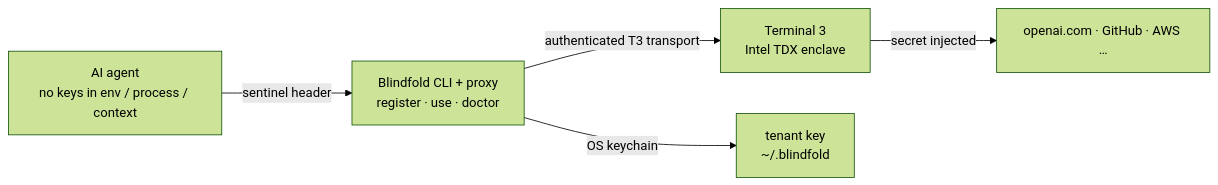
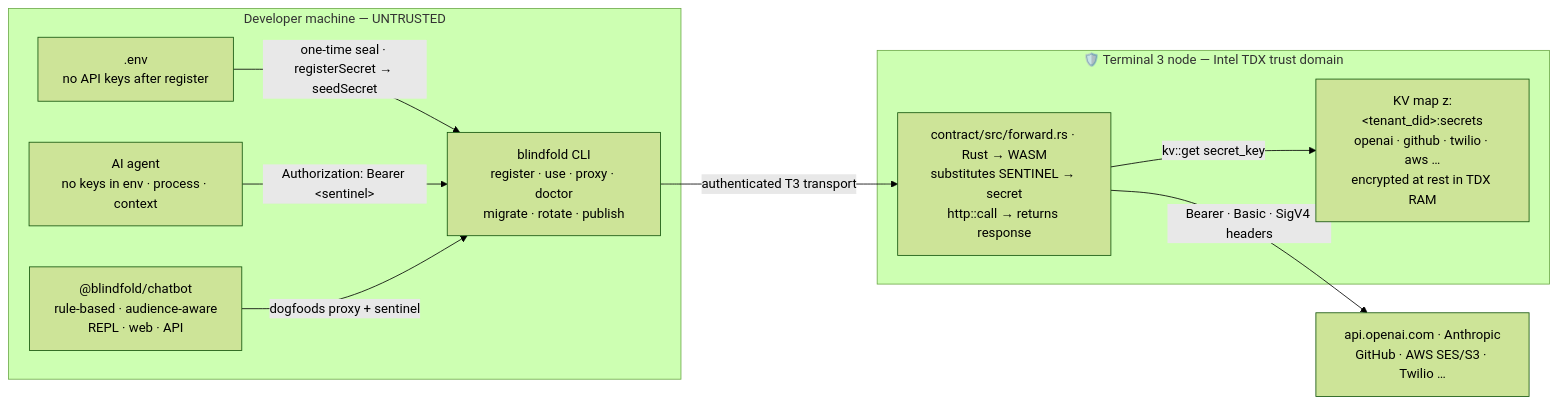
One commit to FiscalMindset/fiscalmindset changed diagram 12 of 14 in README.md. Above: the diagram before and after it, drawn with Mermaid (forest theme). The commit also changed other lines of this file, not shown here.

Commit message:
Fix footprint mermaid parse error, render real Blindfold architecture from terminal 3 repo

````diff
--- a/README.md
+++ b/README.md
@@ -348,7 +348,23 @@
 ```mermaid
 flowchart LR
-    AG[AI agent<br/>no keys in env / process / context] -->|sentinel header| P[Blindfold CLI + proxy<br/>register · use · doctor]
-    P -->|authenticated T3 transport| T[Terminal 3<br/>Intel TDX enclave]
-    T -->|secret injected| API[openai.com · GitHub · AWS …]
-    P -->|OS keychain| K[tenant key<br/>~/.blindfold]
+    subgraph DEV["Developer machine — UNTRUSTED"]
+        ENV[".env<br/>no API keys after register"]
+        AGENT["AI agent<br/>no keys in env · process · context"]
+        CHAT["@blindfold/chatbot<br/>rule-based · audience-aware<br/>REPL · web · API"]
+        CLI["blindfold CLI<br/>register · use · proxy · doctor<br/>migrate · rotate · publish"]
+    end
+
+    subgraph T3["🛡️ Terminal 3 node — Intel TDX trust domain"]
+        KV["KV map z:&lt;tenant_did&gt;:secrets<br/>openai · github · twilio · aws …<br/>encrypted at rest in TDX RAM"]
+        FW["contract/src/forward.rs · Rust → WASM<br/>substitutes SENTINEL → secret<br/>http::call → returns response"]
+        FW -->|kv::get secret_key| KV
+    end
+
+    API["api.openai.com · Anthropic<br/>GitHub · AWS SES/S3 · Twilio …"]
+
+    ENV -->|"one-time seal · registerSecret → seedSecret"| CLI
+    AGENT -->|"Authorization: Bearer &lt;sentinel&gt;"| CLI
+    CHAT -->|"dogfoods proxy + sentinel"| CLI
+    CLI -->|"authenticated T3 transport"| FW
+    FW -->|"Bearer · Basic · SigV4 headers"| API
 ```
````
